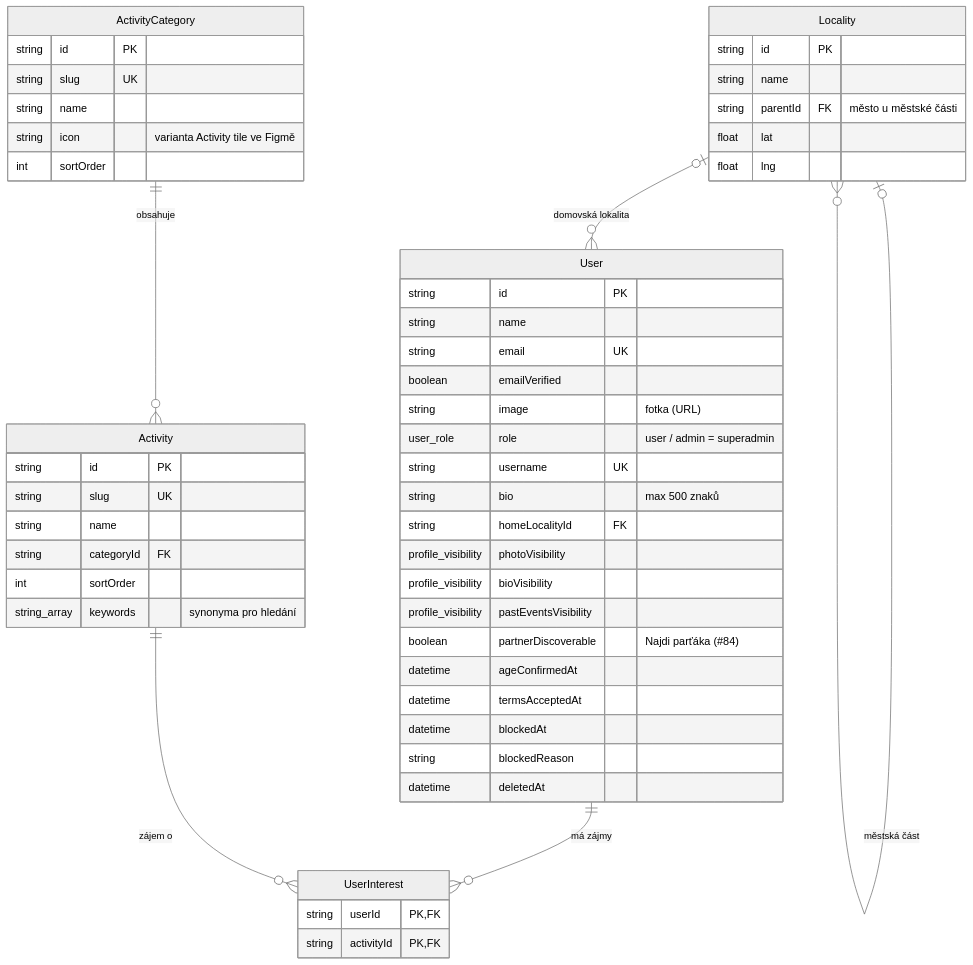
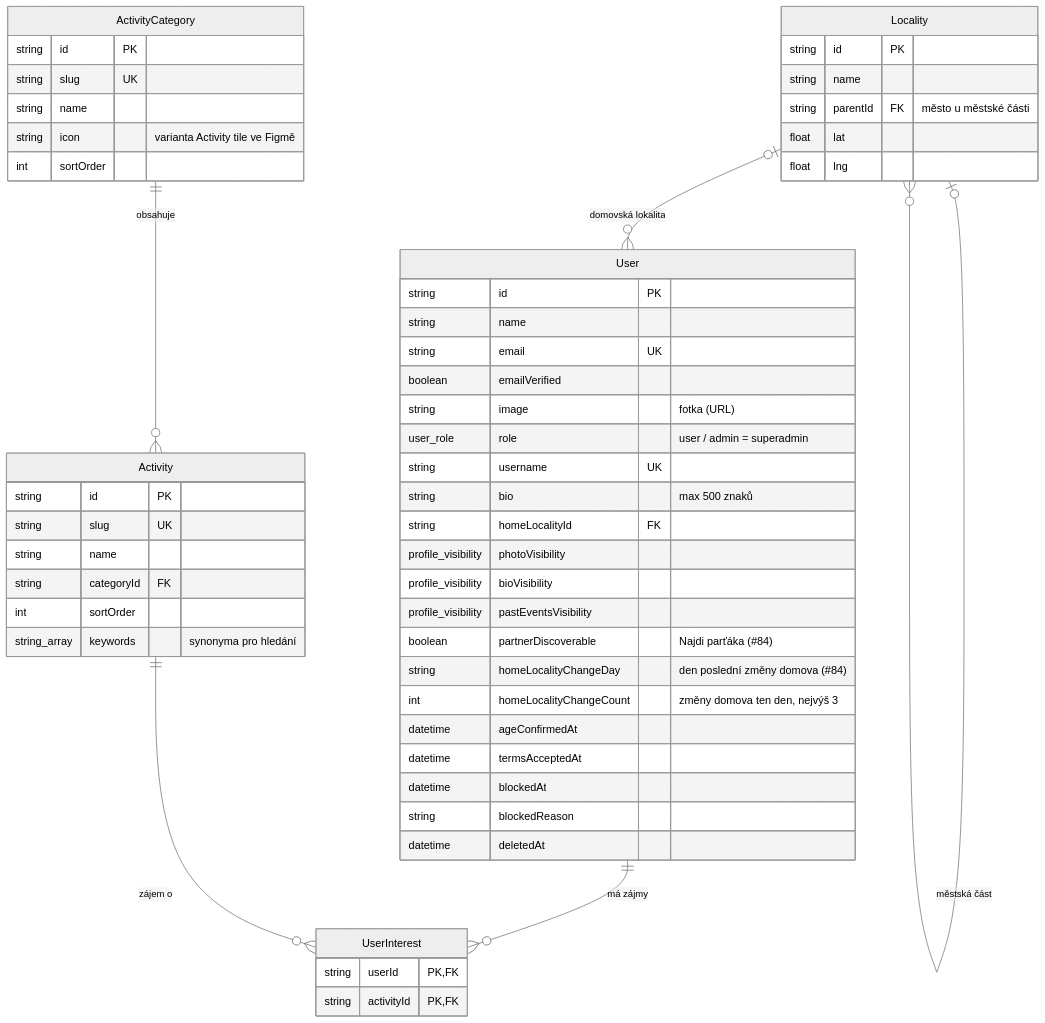
One commit to applifting-vsecourse/team-3 changed the first of 3 diagrams in docs/datovy-model.md. Above: the diagram before and after it, drawn with Mermaid (neutral theme). The commit also changed other lines of this file and 15 other files, not shown here.

````diff
--- a/docs/datovy-model.md
+++ b/docs/datovy-model.md
@@ -39,55 +39,57 @@
 ```mermaid
 erDiagram
     User ||--o{ UserInterest : "má zájmy"
     Activity ||--o{ UserInterest : "zájem o"
     ActivityCategory ||--o{ Activity : "obsahuje"
     Locality |o--o{ Locality : "městská část"
     Locality |o--o{ User : "domovská lokalita"
 
     User {
         string id PK
         string name
         string email UK
         boolean emailVerified
         string image "fotka (URL)"
         user_role role "user / admin = superadmin"
         string username UK
         string bio "max 500 znaků"
         string homeLocalityId FK
         profile_visibility photoVisibility
         profile_visibility bioVisibility
         profile_visibility pastEventsVisibility
         boolean partnerDiscoverable "Najdi parťáka (#84)"
+        string homeLocalityChangeDay "den poslední změny domova (#84)"
+        int homeLocalityChangeCount "změny domova ten den, nejvýš 3"
         datetime ageConfirmedAt
         datetime termsAcceptedAt
         datetime blockedAt
         string blockedReason
         datetime deletedAt
     }
     UserInterest {
         string userId PK, FK
         string activityId PK, FK
     }
     ActivityCategory {
         string id PK
         string slug UK
         string name
         string icon "varianta Activity tile ve Figmě"
         int sortOrder
     }
     Activity {
         string id PK
         string slug UK
         string name
         string categoryId FK
         int sortOrder
         string_array keywords "synonyma pro hledání"
     }
     Locality {
         string id PK
         string name
         string parentId FK "město u městské části"
         float lat
         float lng
     }
 ```
````
